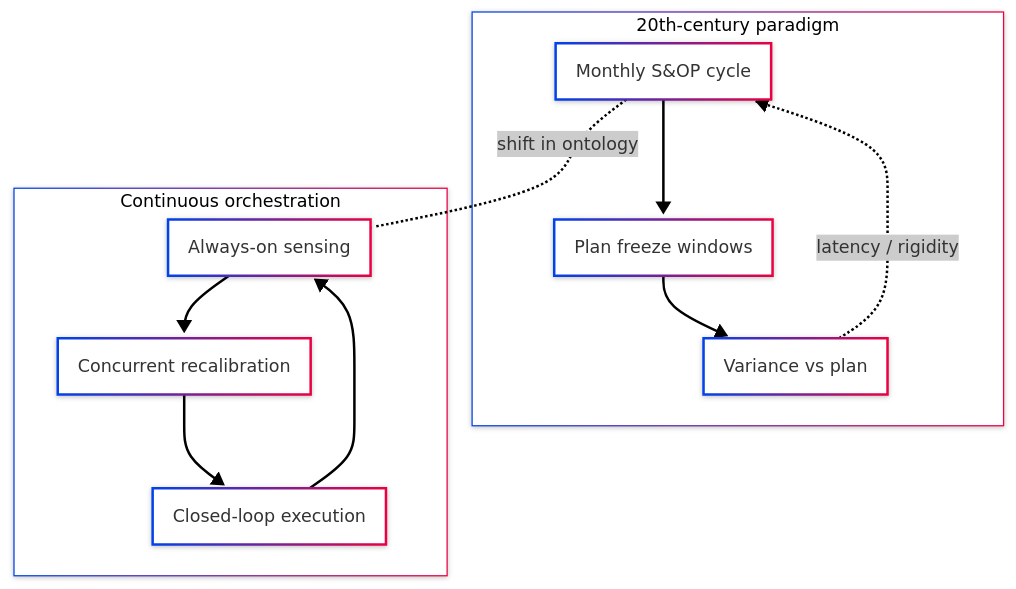
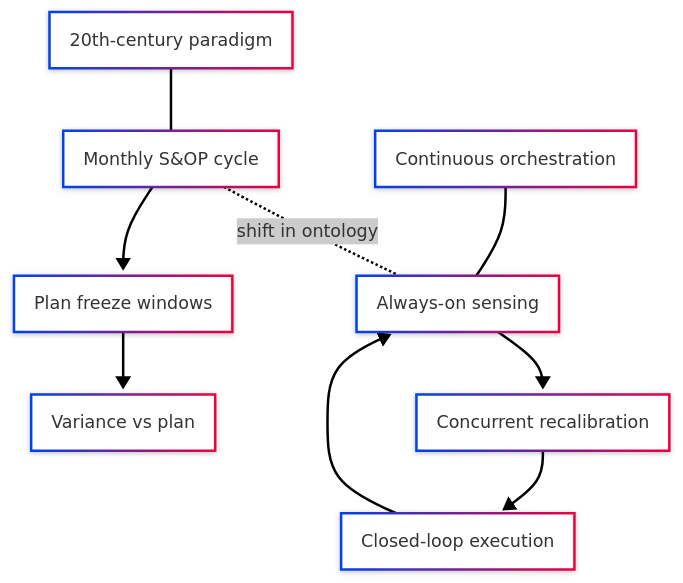
The first of 8 diagrams in posts/from-planning-to-orchestration-reimagining-enterprise-beyond-S&OP/index.qmd (antomon/antomon.github.io), drawn with Mermaid before and after one commit. The commit also changed other lines of this file and 4 other files, not shown here.

````diff
--- a/posts/from-planning-to-orchestration-reimagining-enterprise-beyond-S&OP/index.qmd
+++ b/posts/from-planning-to-orchestration-reimagining-enterprise-beyond-S&OP/index.qmd
@@ -50,28 +50,29 @@
 ```{mermaid}
 %%| label: s&op-to-orchestration
 %%| fig-cap: From periodic S&OP to continuous orchestration
 %%| fig-alt: Comparison of calendar-bound planning vs continuous, signal-driven orchestration
 %%| fig-align: "center"
 %%{init: {"theme": "neo", "look": "neo"}}%%
 
 flowchart TD
-  %% Left cluster (classic paradigm)
-  subgraph A ["20th-century paradigm"]
-    A1["Monthly S&OP cycle"]:::classic
-    A2["Plan freeze windows"]:::classic
-    A3["Variance vs plan"]:::classic
-    A1 --> A2 --> A3
-    A3 -. "latency / rigidity" .-> A1
-  end
+  %% Headers
+  H1["20th-century paradigm"]:::header
+  H2["Continuous orchestration"]:::header
 
-  %% Right cluster (continuous orchestration)
-  subgraph B ["Continuous orchestration"]
-    B1["Always-on sensing"]:::modern
-    B2["Concurrent recalibration"]:::modern
-    B3["Closed-loop execution"]:::modern
-    B1 --> B2 --> B3 --> B1
-  end
+  %% Left column (classic)
+  A1["Monthly S&OP cycle"]:::classic
+  A2["Plan freeze windows"]:::classic
+  A3["Variance vs plan"]:::classic
 
-  %% Bridge (connect node-to-node, not to subgraph)
+  %% Right column (modern)
+  B1["Always-on sensing"]:::modern
+  B2["Concurrent recalibration"]:::modern
+  B3["Closed-loop execution"]:::modern
+
+  %% Keep columns aligned using invisible links
+  H1 --- A1 --> A2 --> A3
+  H2 --- B1 --> B2 --> B3 --> B1
+
+  %% Bridge (dotted, labelled)
   A1 -. "shift in ontology" .- B1
 ```
````
